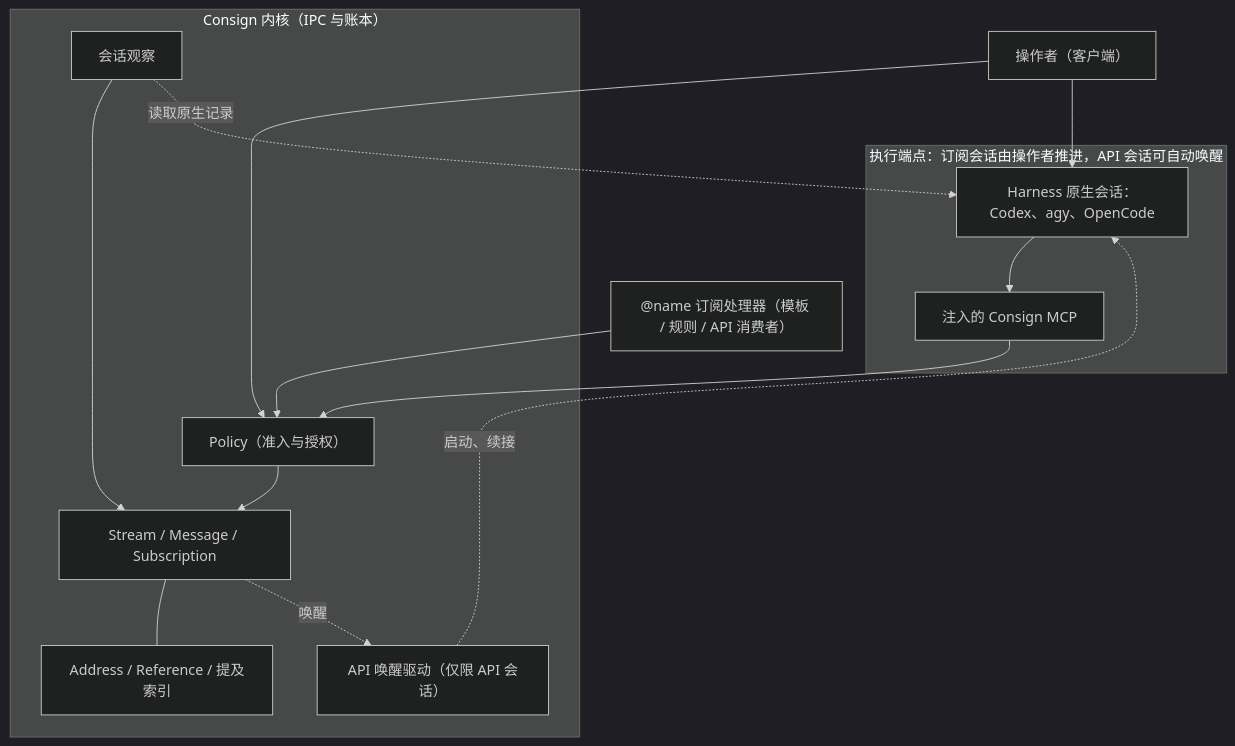
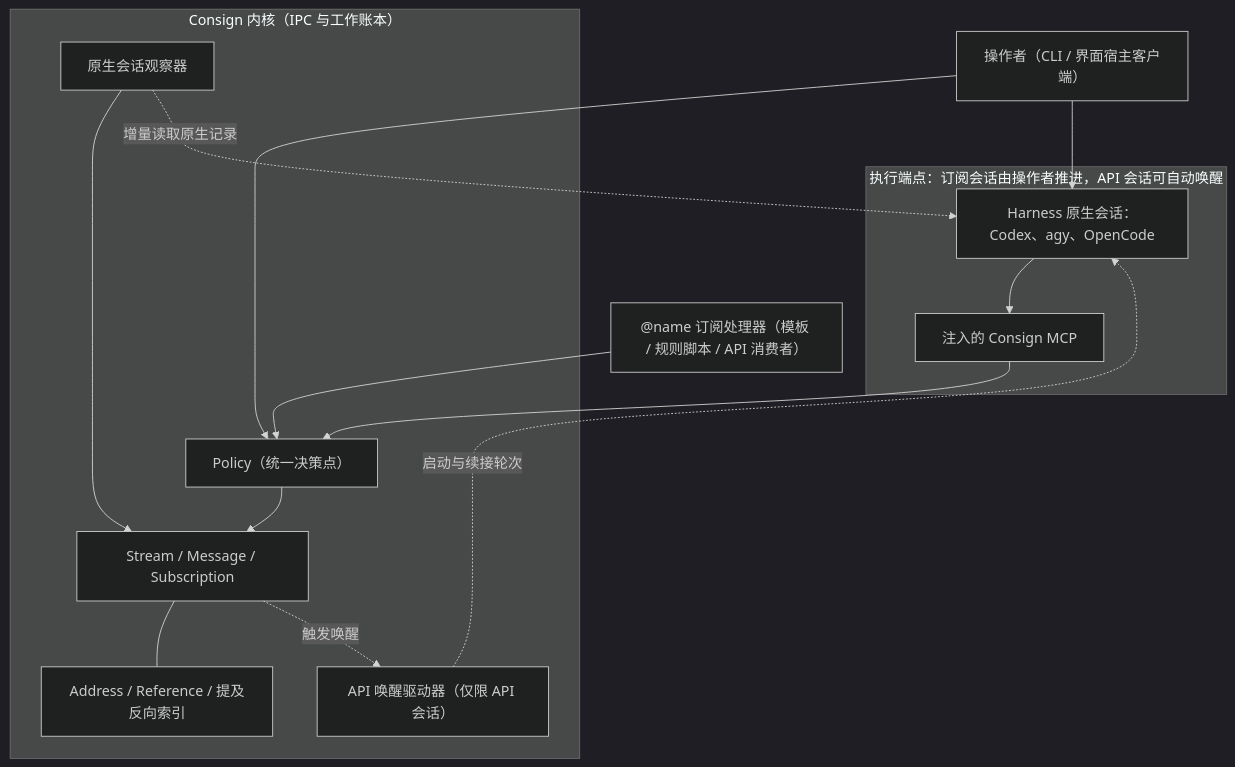
One commit to zhscn/consign changed the diagram in DESIGN.md. Above: the diagram before and after it, drawn with Mermaid (dark theme). The commit also changed other lines of this file and 2 other files, not shown here.

````diff
--- a/DESIGN.md
+++ b/DESIGN.md
@@ -124,27 +131,27 @@
 ```mermaid
 flowchart TB
-  OP["操作者（客户端）"]
-  SUB["@name 订阅处理器（模板 / 规则 / API 消费者）"]
+  OP["操作者（CLI / 界面宿主客户端）"]
+  SUB["@name 订阅处理器（模板 / 规则脚本 / API 消费者）"]
   subgraph EXEC["执行端点：订阅会话由操作者推进，API 会话可自动唤醒"]
     H["Harness 原生会话：Codex、agy、OpenCode"]
     MCP["注入的 Consign MCP"]
   end
-  subgraph KERNEL["Consign 内核（IPC 与账本）"]
-    POL["Policy（准入与授权）"]
+  subgraph KERNEL["Consign 内核（IPC 与工作账本）"]
+    POL["Policy（统一决策点）"]
     IPC["Stream / Message / Subscription"]
-    ADDR["Address / Reference / 提及索引"]
-    OBS["会话观察"]
-    DRV["API 唤醒驱动（仅限 API 会话）"]
+    ADDR["Address / Reference / 提及反向索引"]
+    OBS["原生会话观察器"]
+    DRV["API 唤醒驱动器（仅限 API 会话）"]
   end
   OP --> H
   OP --> POL
   H --> MCP
   MCP --> POL
   SUB --> POL
   POL --> IPC
   IPC --- ADDR
   OBS --> IPC
-  OBS -. 读取原生记录 .-> H
-  IPC -. 唤醒 .-> DRV
-  DRV -. 启动、续接 .-> H
+  OBS -. 增量读取原生记录 .-> H
+  IPC -. 触发唤醒 .-> DRV
+  DRV -. 启动与续接轮次 .-> H
 ```
````
